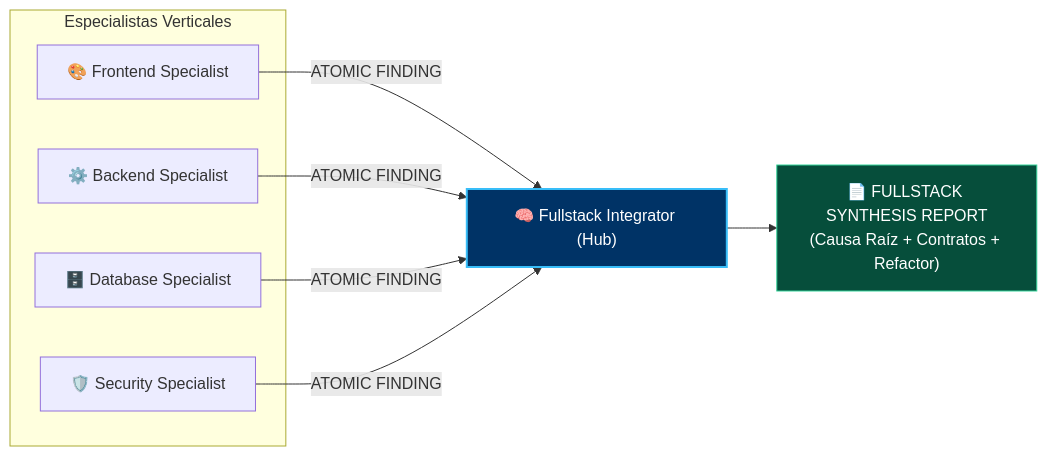
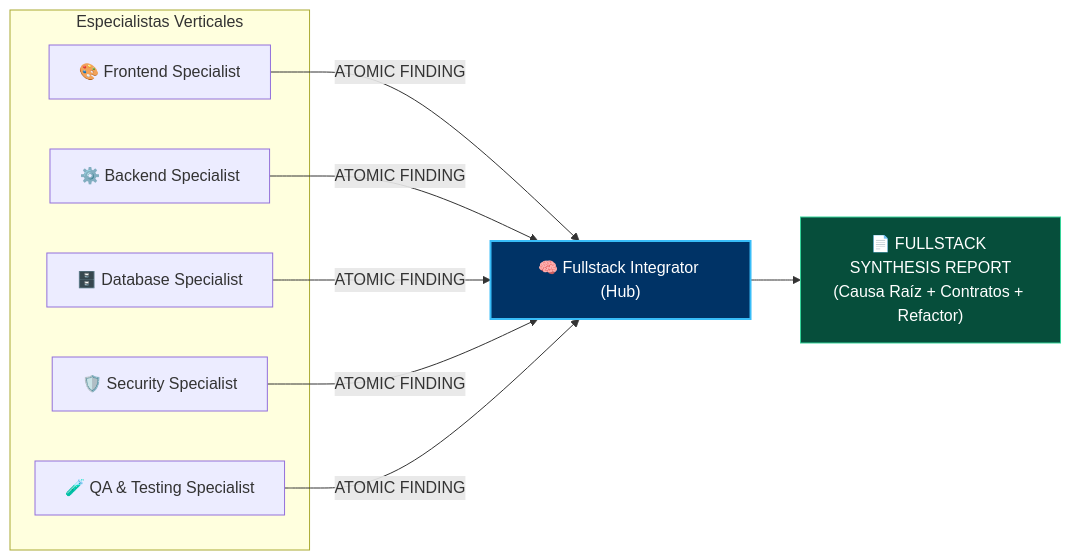
Before and after one commit to DanExl24/ai-agentic-audit-kit: the diagram in protocols/AUDIT_INTEROP_PROTOCOL.md, drawn with Mermaid. The commit also changed other lines of this file and 26 other files, not shown here.

````diff
--- a/protocols/AUDIT_INTEROP_PROTOCOL.md
+++ b/protocols/AUDIT_INTEROP_PROTOCOL.md
@@ -15,19 +15,21 @@
 ```mermaid
 flowchart LR
     subgraph "Especialistas Verticales"
         V1["🎨 Frontend Specialist"]
         V2["⚙️ Backend Specialist"]
         V3["🗄️ Database Specialist"]
         V4["🛡️ Security Specialist"]
+        V5["🧪 QA & Testing Specialist"]
     end
 
     V1 -- "ATOMIC FINDING" --> HUB["🧠 Fullstack Integrator (Hub)"]
     V2 -- "ATOMIC FINDING" --> HUB
     V3 -- "ATOMIC FINDING" --> HUB
     V4 -- "ATOMIC FINDING" --> HUB
+    V5 -- "ATOMIC FINDING" --> HUB
 
     HUB --> SYN["📄 FULLSTACK SYNTHESIS REPORT<br/>(Causa Raíz + Contratos + Refactor)"]
 
     style HUB fill:#003366,stroke:#38bdf8,color:#ffffff,stroke-width:2px
     style SYN fill:#064e3b,stroke:#34d399,color:#ffffff
 ```
````
